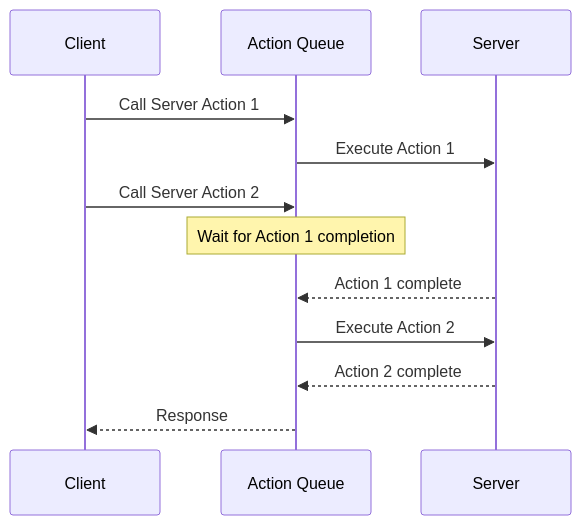
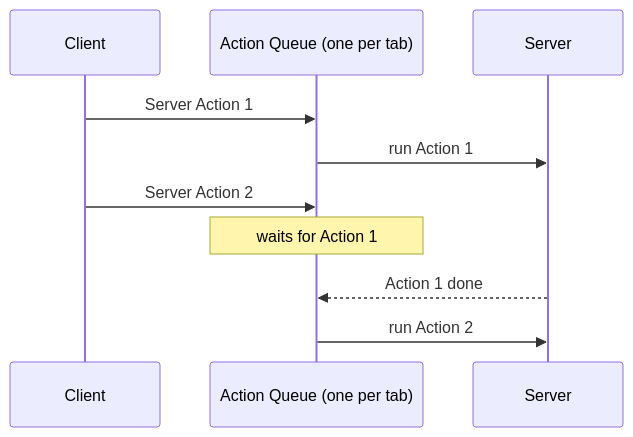
The diagram in markdown/2026-01-29/en/content.mdx (codefug/codefug.github.io), drawn with Mermaid before and after one commit. The commit also changed other lines of this file and 3 other files, not shown here.

First line of the commit message:
content: Server Action 큐 글을 실측 중심으로 압축

````diff
--- a/markdown/2026-01-29/en/content.mdx
+++ b/markdown/2026-01-29/en/content.mdx
@@ -268,15 +118,13 @@
 ```mermaid
 sequenceDiagram
     participant C as Client
-    participant Q as Action Queue
+    participant Q as Action Queue (one per tab)
     participant S as Server
 
-    C->>Q: Call Server Action 1
-    Q->>S: Execute Action 1
-    C->>Q: Call Server Action 2
-    Note over Q: Wait for Action 1 completion
-    S-->>Q: Action 1 complete
-    Q->>S: Execute Action 2
-    S-->>Q: Action 2 complete
-    Q-->>C: Response
+    C->>Q: Server Action 1
+    Q->>S: run Action 1
+    C->>Q: Server Action 2
+    Note over Q: waits for Action 1
+    S-->>Q: Action 1 done
+    Q->>S: run Action 2
 ```
````
